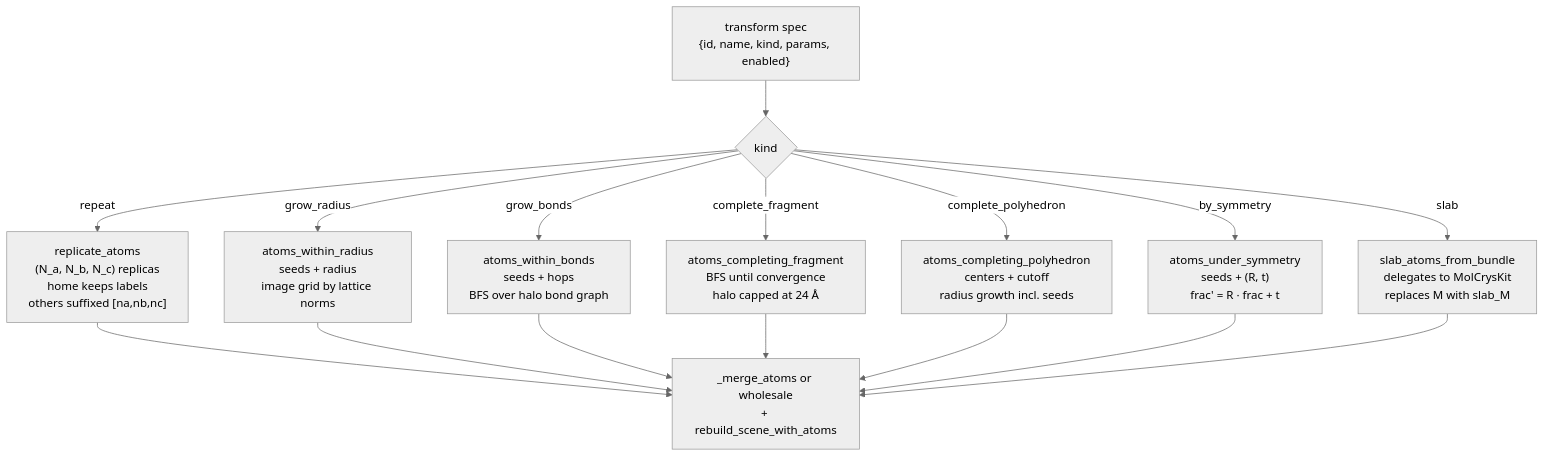
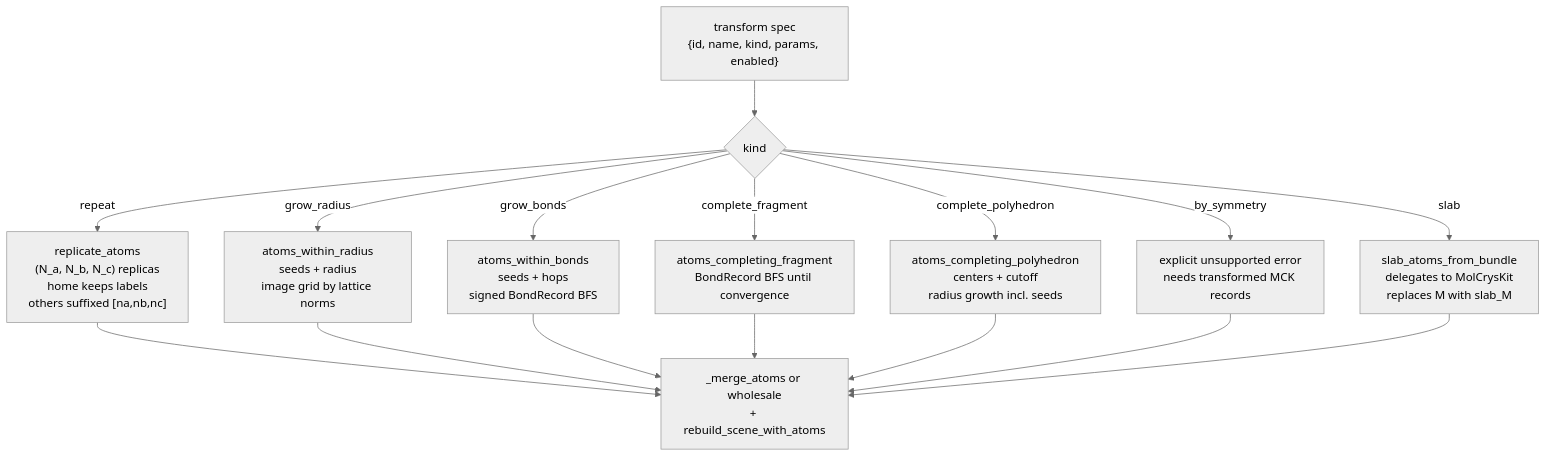
Before and after one commit to SchrodingersCattt/MatterVis: the second of 2 diagrams in docs/derivations/transforms.md, drawn with Mermaid (neutral theme). The commit also changed other lines of this file and 24 other files, not shown here.

````diff
--- a/docs/derivations/transforms.md
+++ b/docs/derivations/transforms.md
@@ -208,18 +172,18 @@
 ```mermaid
 flowchart TD
     P["transform spec<br/>{id, name, kind, params, enabled}"] --> K{"kind"}
     K -->|"repeat"| R["replicate_atoms<br/>(N_a, N_b, N_c) replicas<br/>home keeps labels<br/>others suffixed [na,nb,nc]"]
     K -->|"grow_radius"| GR["atoms_within_radius<br/>seeds + radius<br/>image grid by lattice norms"]
-    K -->|"grow_bonds"| GB["atoms_within_bonds<br/>seeds + hops<br/>BFS over halo bond graph"]
-    K -->|"complete_fragment"| CF["atoms_completing_fragment<br/>BFS until convergence<br/>halo capped at 24 Å"]
+    K -->|"grow_bonds"| GB["atoms_within_bonds<br/>seeds + hops<br/>signed BondRecord BFS"]
+    K -->|"complete_fragment"| CF["atoms_completing_fragment<br/>BondRecord BFS until convergence"]
     K -->|"complete_polyhedron"| CP["atoms_completing_polyhedron<br/>centers + cutoff<br/>radius growth incl. seeds"]
-    K -->|"by_symmetry"| BS["atoms_under_symmetry<br/>seeds + (R, t)<br/>frac' = R · frac + t"]
+    K -->|"by_symmetry"| BS["explicit unsupported error<br/>needs transformed MCK records"]
     K -->|"slab"| SL["slab_atoms_from_bundle<br/>delegates to MolCrysKit<br/>replaces M with slab_M"]
     R --> MG["_merge_atoms or wholesale<br/>+ rebuild_scene_with_atoms"]
     GR --> MG
     GB --> MG
     CF --> MG
     CP --> MG
     BS --> MG
     SL --> MG
 ```
````
